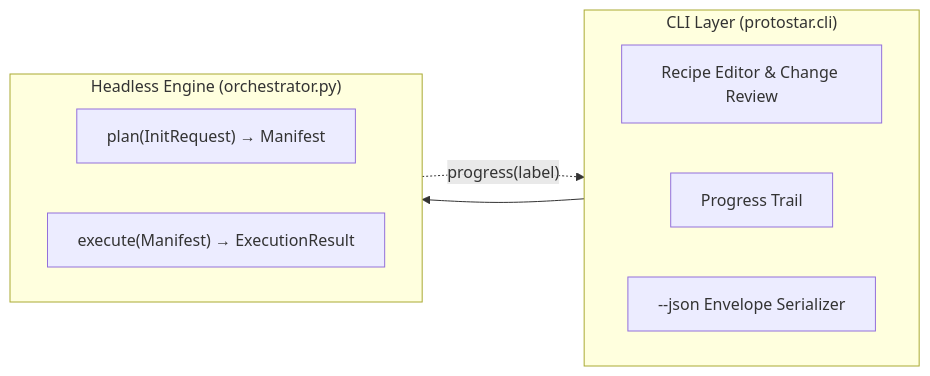
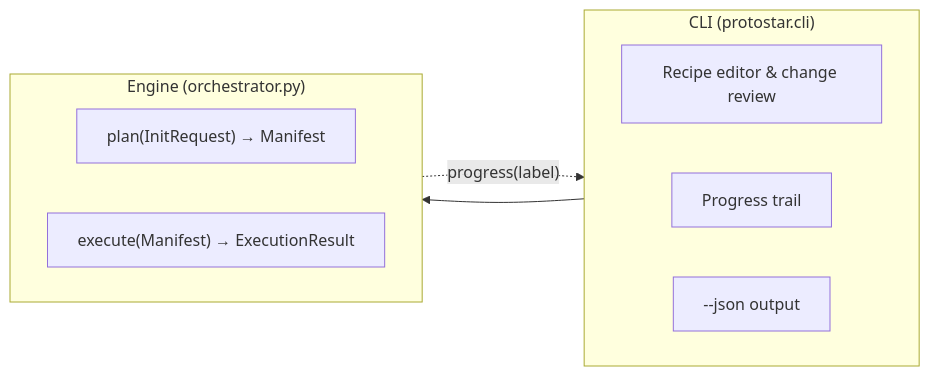
The second of 2 diagrams in docs/design-principles.md (JacksonFergusonDev/protostar), drawn with Mermaid before and after one commit. The commit also changed other lines of this file and 30 other files, not shown here.

````diff
--- a/docs/design-principles.md
+++ b/docs/design-principles.md
@@ -88,18 +62,18 @@
 ```mermaid
 flowchart LR
-    subgraph CLI ["CLI Layer (protostar.cli)"]
+    subgraph CLI ["CLI (protostar.cli)"]
         direction LR
-        TUI["Recipe Editor & Change Review"]
-        Trail["Progress Trail"]
-        JSON["--json Envelope Serializer"]
+        TUI["Recipe editor & change review"]
+        Trail["Progress trail"]
+        JSON["--json output"]
     end
 
-    subgraph Engine ["Headless Engine (orchestrator.py)"]
+    subgraph Engine ["Engine (orchestrator.py)"]
         direction LR
         Plan["<span style='white-space:nowrap'>plan(InitRequest) → Manifest</span>"]
         Exec["<span style='white-space:nowrap'>execute(Manifest) → ExecutionResult</span>"]
     end
 
     CLI --> Engine
     Exec -.->|"progress(label)"| Trail
 ```
````
